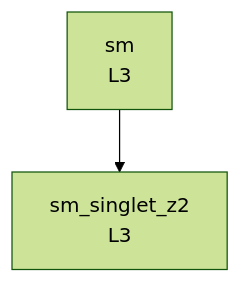
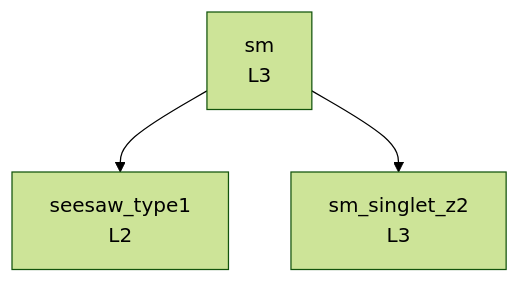
One commit to moiseszeleny/feynlag-models changed the diagram in GENEALOGY.md. Above: the diagram before and after it, drawn with Mermaid (forest theme). The commit also changed other lines of this file and 14 other files, not shown here.

Commit message:
Add seesaw_type1 (L2): Takagi spectrum, seesaw formula, heavy-neutrino couplings vs Atre et al. Eq. 2.5; record gap FG-3 (no Majorana UFO)

````diff
--- a/GENEALOGY.md
+++ b/GENEALOGY.md
@@ -5,6 +5,8 @@
 ```mermaid
 graph TD
+    seesaw_type1["seesaw_type1<br/>L2"]
     sm["sm<br/>L3"]
     sm_singlet_z2["sm_singlet_z2<br/>L3"]
+    sm --> seesaw_type1
     sm --> sm_singlet_z2
 ```
````
